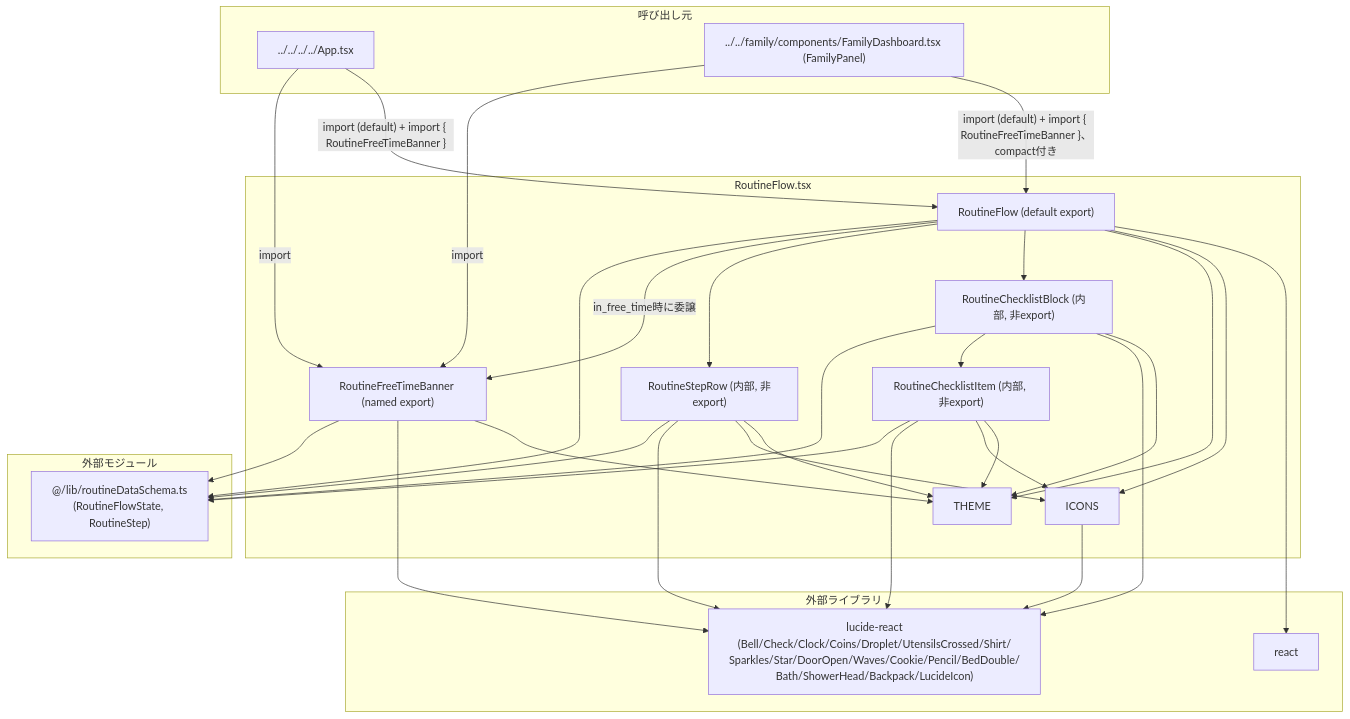
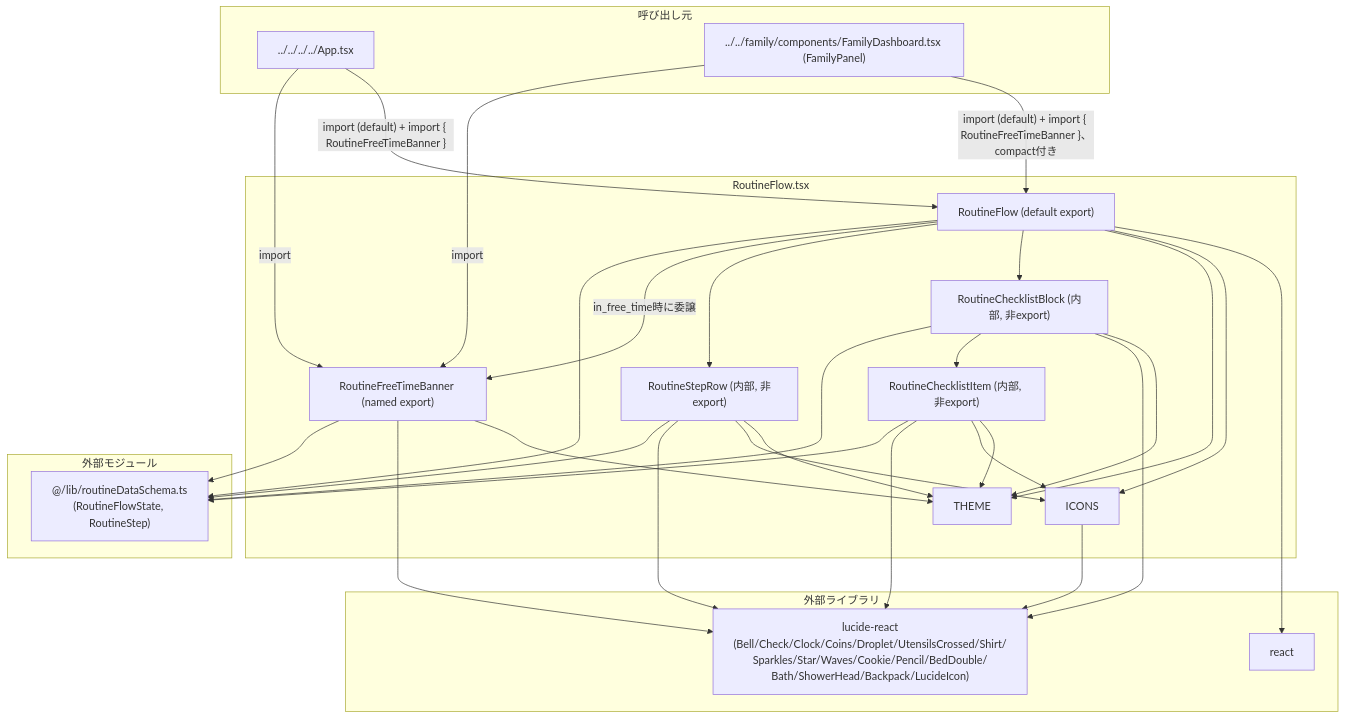
Before and after one commit to mmtigers/my_python_project: the second of 2 diagrams in docs/specifications/family-quest/src/features/routine/components/RoutineFlow.md, drawn with Mermaid. The commit also changed other lines of this file and 7 other files, not shown here.

````diff
--- a/docs/specifications/family-quest/src/features/routine/components/RoutineFlow.md
+++ b/docs/specifications/family-quest/src/features/routine/components/RoutineFlow.md
@@ -223,60 +223,60 @@
 ```mermaid
 graph TD
     subgraph "RoutineFlow.tsx"
         ICONS
         THEME
         RoutineFlow["RoutineFlow (default export)"]
         RoutineFreeTimeBanner["RoutineFreeTimeBanner (named export)"]
         RoutineChecklistBlock["RoutineChecklistBlock (内部, 非export)"]
         RoutineChecklistItem["RoutineChecklistItem (内部, 非export)"]
         RoutineStepRow["RoutineStepRow (内部, 非export)"]
     end
 
     subgraph "外部ライブラリ"
         React["react"]
-        LucideReact["lucide-react\n(Bell/Check/Clock/Coins/Droplet/UtensilsCrossed/Shirt/\nSparkles/Star/DoorOpen/Waves/Cookie/Pencil/BedDouble/\nBath/ShowerHead/Backpack/LucideIcon)"]
+        LucideReact["lucide-react\n(Bell/Check/Clock/Coins/Droplet/UtensilsCrossed/Shirt/\nSparkles/Star/Waves/Cookie/Pencil/BedDouble/\nBath/ShowerHead/Backpack/LucideIcon)"]
     end
 
     subgraph "外部モジュール"
         routineDataSchema["@/lib/routineDataSchema.ts\n(RoutineFlowState, RoutineStep)"]
     end
 
     subgraph "呼び出し元"
         App["../../../../App.tsx"]
         FamilyDashboard["../../family/components/FamilyDashboard.tsx (FamilyPanel)"]
     end
 
     RoutineFlow --> React
     RoutineFlow --> ICONS
     RoutineFlow --> THEME
     RoutineFlow --> RoutineChecklistBlock
     RoutineFlow --> RoutineStepRow
     RoutineFlow -->|"in_free_time時に委譲"| RoutineFreeTimeBanner
     RoutineFlow --> routineDataSchema
 
     RoutineFreeTimeBanner --> THEME
     RoutineFreeTimeBanner --> LucideReact
     RoutineFreeTimeBanner --> routineDataSchema
 
     RoutineChecklistBlock --> THEME
     RoutineChecklistBlock --> LucideReact
     RoutineChecklistBlock --> RoutineChecklistItem
     RoutineChecklistBlock --> routineDataSchema
 
     RoutineChecklistItem --> THEME
     RoutineChecklistItem --> ICONS
     RoutineChecklistItem --> LucideReact
     RoutineChecklistItem --> routineDataSchema
 
     RoutineStepRow --> THEME
     RoutineStepRow --> ICONS
     RoutineStepRow --> LucideReact
     RoutineStepRow --> routineDataSchema
 
     ICONS --> LucideReact
 
     App -->|"import (default) + import { RoutineFreeTimeBanner }"| RoutineFlow
     App -->|import| RoutineFreeTimeBanner
     FamilyDashboard -->|"import (default) + import { RoutineFreeTimeBanner }、compact付き"| RoutineFlow
     FamilyDashboard -->|import| RoutineFreeTimeBanner
 ```
````
